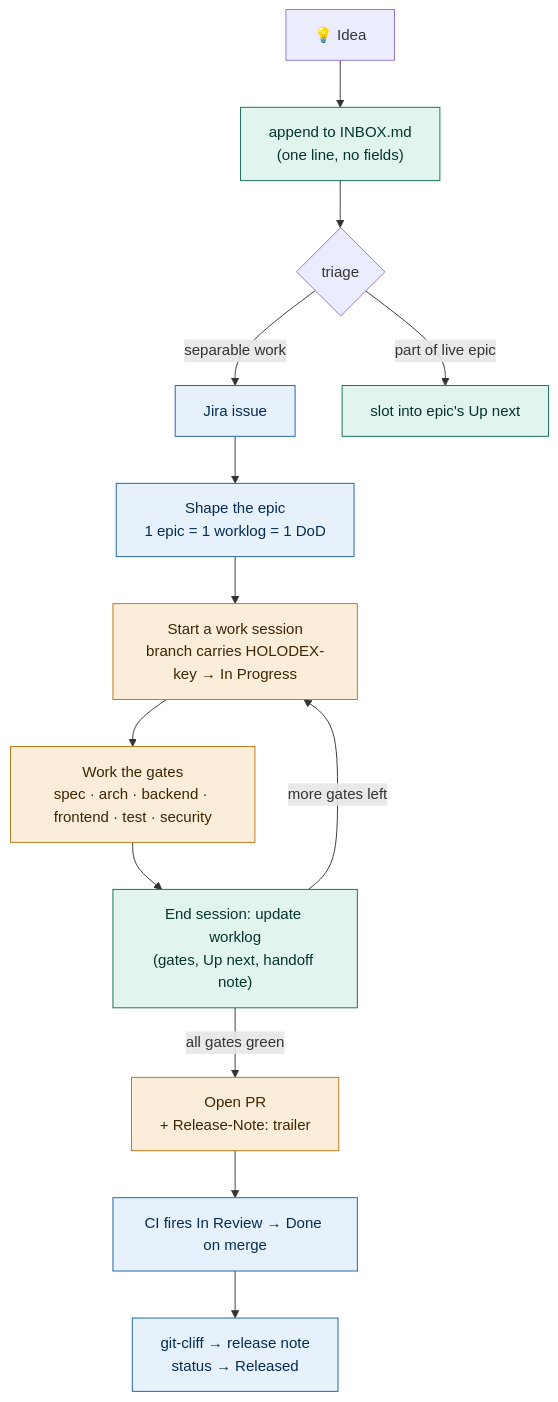
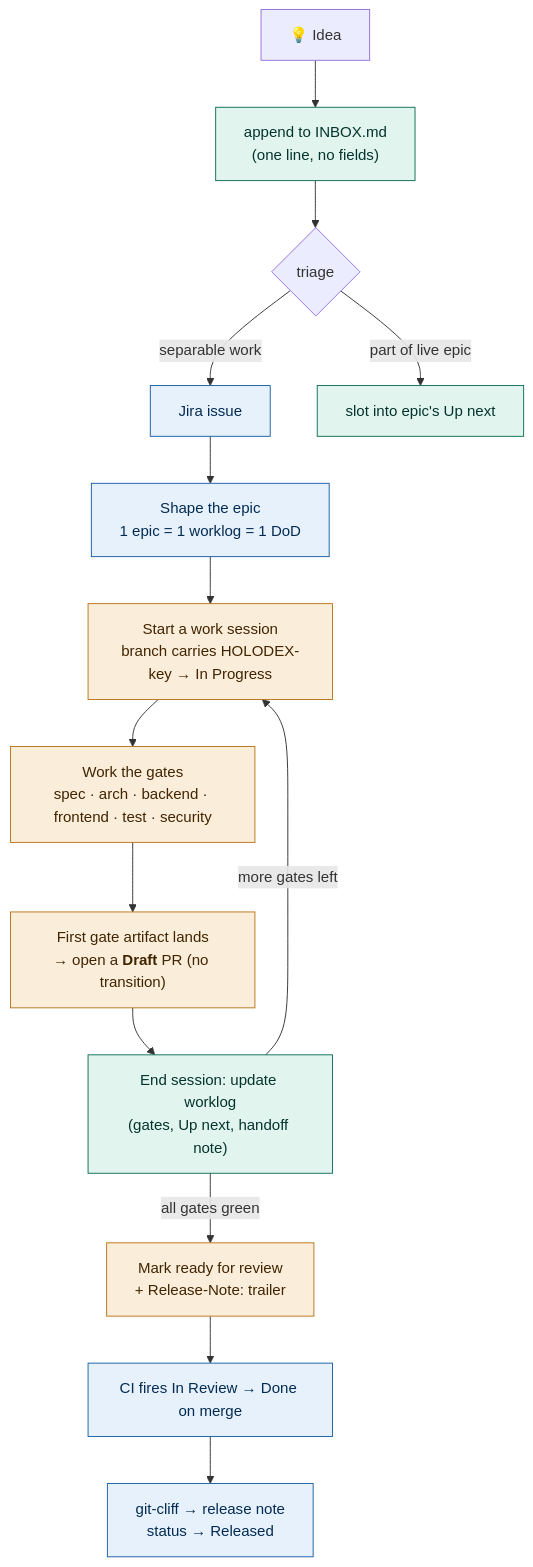
The diagram in docs/reference/workflow-idea-to-merge.md (whoiskevinrich/holodex), drawn with Mermaid before and after one commit. The commit also changed other lines of this file and 7 other files, not shown here.

First line of the commit message:
chore(jira): draft PRs carry pre-implementation gates, In Review on ready

````diff
--- a/docs/reference/workflow-idea-to-merge.md
+++ b/docs/reference/workflow-idea-to-merge.md
@@ -30,22 +30,23 @@
 ```mermaid
 flowchart TB
   I["💡 Idea"] --> INBOX["append to INBOX.md<br/>(one line, no fields)"]
   INBOX --> TRIAGE{"triage"}
   TRIAGE -->|separable work| ISSUE["Jira issue"]
   TRIAGE -->|part of live epic| UPNEXT["slot into epic's Up next"]
   ISSUE --> EPIC["Shape the epic<br/>1 epic = 1 worklog = 1 DoD"]
   EPIC --> SESSION["Start a work session<br/>branch carries HOLODEX-key → In Progress"]
   SESSION --> GATES["Work the gates<br/>spec · arch · backend · frontend · test · security"]
-  GATES --> HANDOFF["End session: update worklog<br/>(gates, Up next, handoff note)"]
+  GATES --> DRAFT["First gate artifact lands<br/>→ open a <b>Draft</b> PR (no transition)"]
+  DRAFT --> HANDOFF["End session: update worklog<br/>(gates, Up next, handoff note)"]
   HANDOFF -->|more gates left| SESSION
-  HANDOFF -->|all gates green| PR["Open PR<br/>+ Release-Note: trailer"]
+  HANDOFF -->|all gates green| PR["Mark ready for review<br/>+ Release-Note: trailer"]
   PR --> CI["CI fires In Review → Done on merge"]
   CI --> REL["git-cliff → release note<br/>status → Released"]
 
   classDef file fill:#e1f5ee,stroke:#0f6e56,color:#04342c;
   classDef jira fill:#e6f1fb,stroke:#185fa5,color:#042c53;
   classDef gate fill:#faeeda,stroke:#ba7517,color:#412402;
   class INBOX,HANDOFF,UPNEXT file;
   class ISSUE,EPIC,CI,REL jira;
-  class SESSION,GATES,PR gate;
+  class SESSION,GATES,DRAFT,PR gate;
 ```
````
